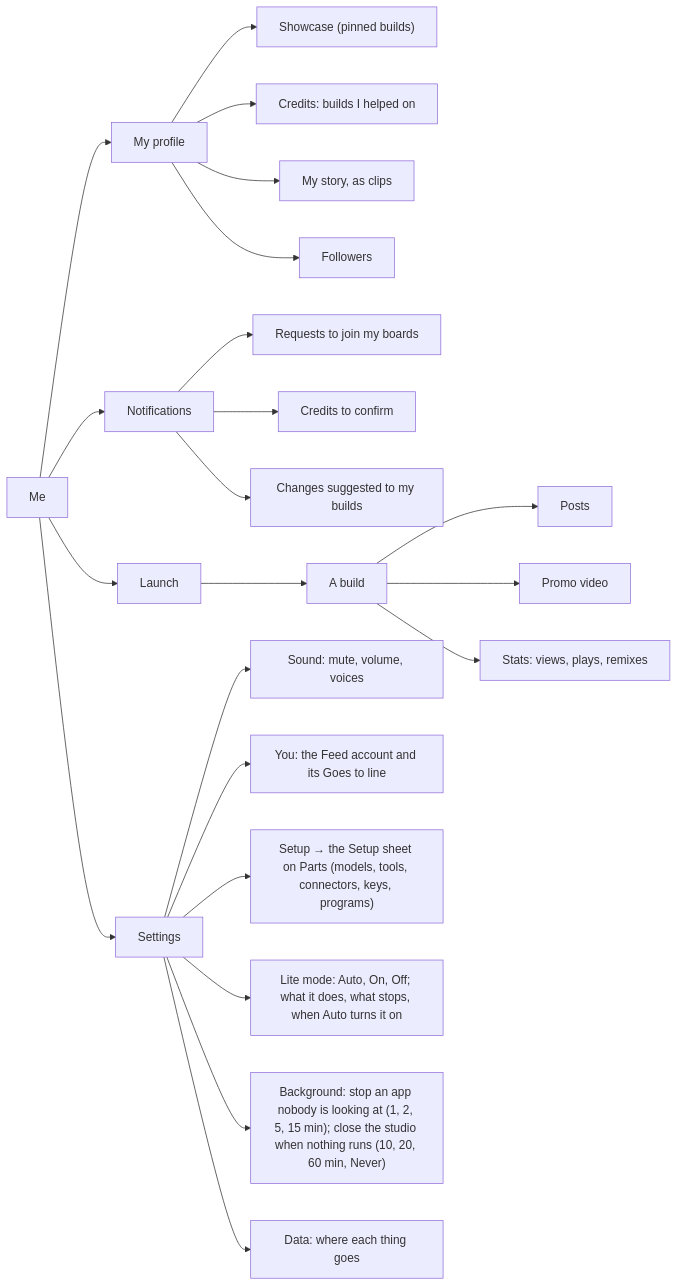
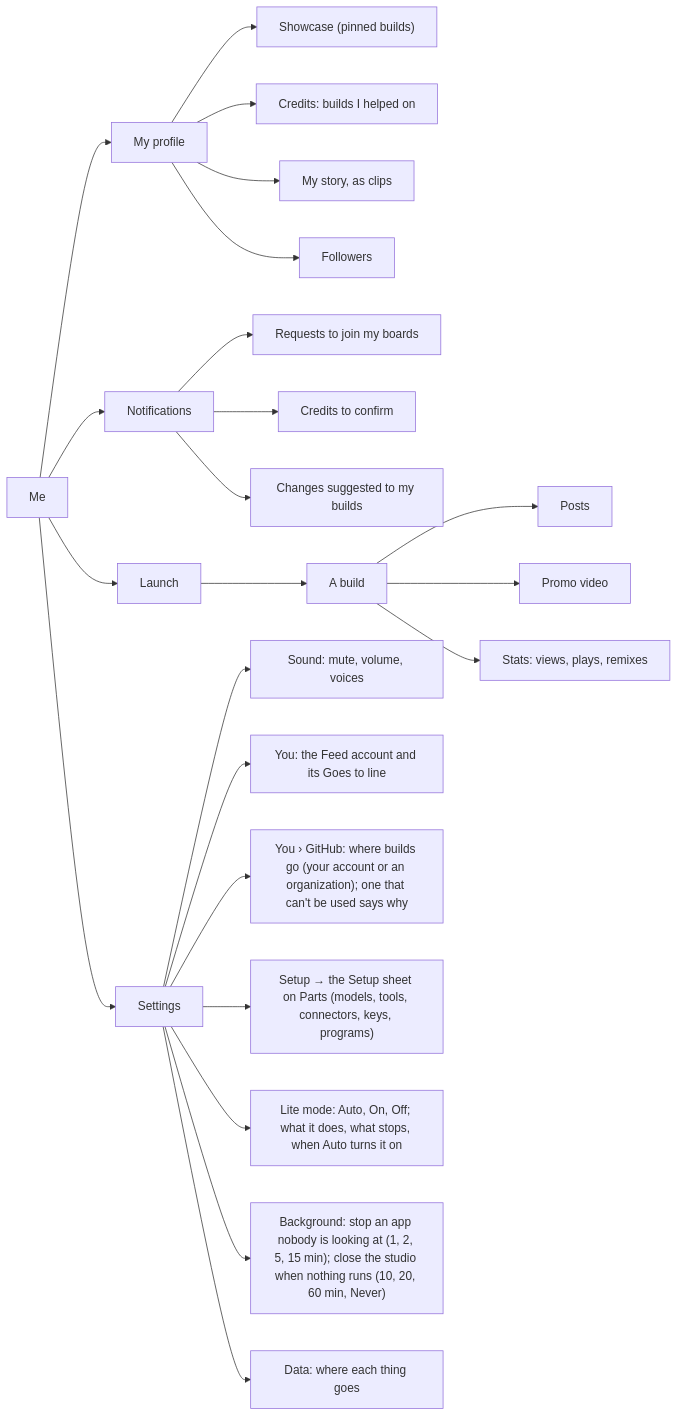
One commit to Pukujan/swarm-studio changed the ninth of 27 diagrams in docs/ux/SITEMAP.md. Above: the diagram before and after it, drawn with Mermaid. The commit also changed 26 other files, not shown here.

First line of the commit message:
Where builds go on GitHub: the person's account or an organization they belong to

````diff
--- a/docs/ux/SITEMAP.md
+++ b/docs/ux/SITEMAP.md
@@ -289,24 +289,25 @@
 ```mermaid
 flowchart LR
   ME[Me] --> PR[My profile]
   ME --> LA[Launch]
   ME --> NO[Notifications]
   ME --> SE[Settings]
   PR --> PR1["Showcase (pinned builds)"]
   PR --> PR2["Credits: builds I helped on"]
   PR --> PR3["My story, as clips"]
   PR --> PR4[Followers]
   NO --> NO1["Requests to join my boards"]
   NO --> NO2["Credits to confirm"]
   NO --> NO3["Changes suggested to my builds"]
   LA --> LA1[A build]
   LA1 --> LA2[Posts]
   LA1 --> LA3[Promo video]
   LA1 --> LA4["Stats: views, plays, remixes"]
   SE --> SE1["Sound: mute, volume, voices"]
   SE --> SE11["You: the Feed account and its Goes to line"]
+  SE --> SE111["You › GitHub: where builds go (your account or an organization); one that can't be used says why"]
   SE --> SE12["Setup → the Setup sheet on Parts (models, tools, connectors, keys, programs)"]
   SE --> SE13["Lite mode: Auto, On, Off; what it does, what stops, when Auto turns it on"]
   SE --> SE14["Background: stop an app nobody is looking at (1, 2, 5, 15 min); close the studio when nothing runs (10, 20, 60 min, Never)"]
   SE --> SE9["Data: where each thing goes"]
 ```
````
